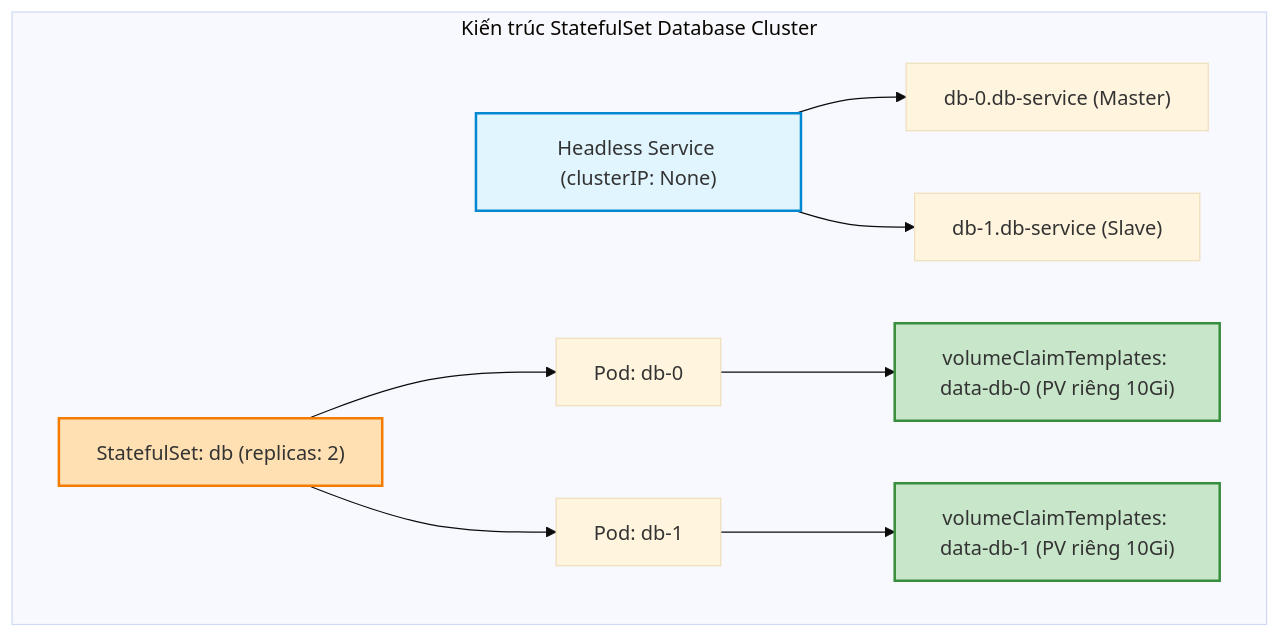
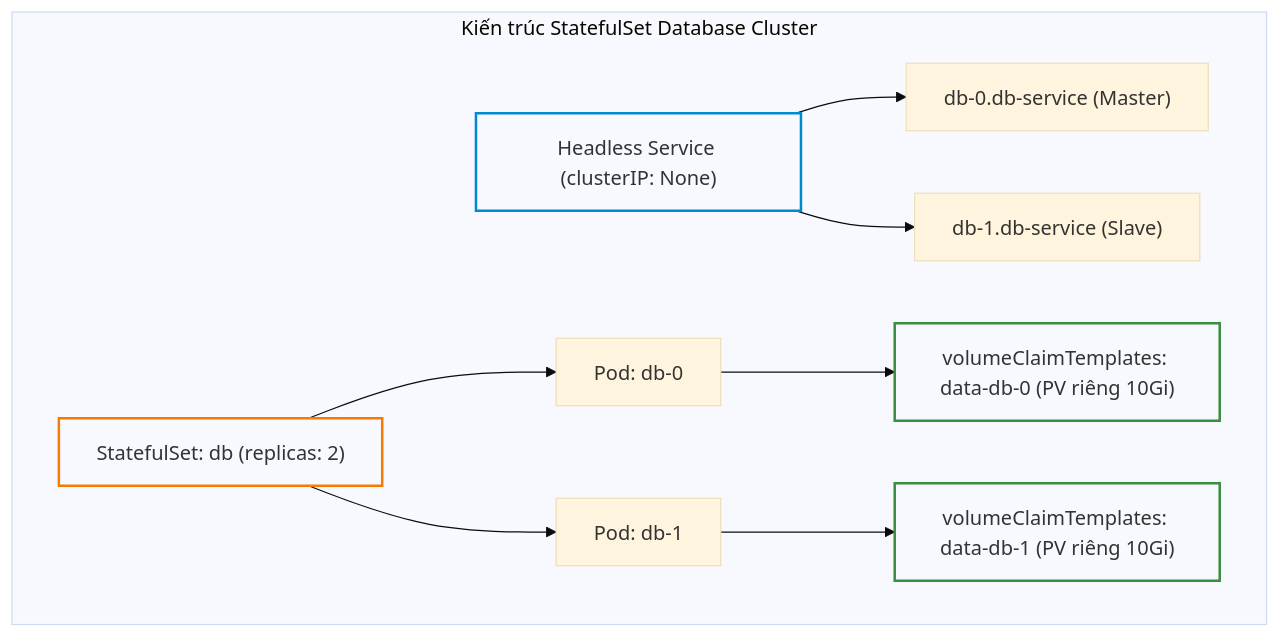
One commit to kiennt308/ntk changed the first of 3 diagrams in _posts/2026-09-12-cka-16-16-daemonset-statefulset-job.md. Above: the diagram before and after it, drawn with Mermaid (base theme). The commit also changed other lines of this file and 207 other files, not shown here.

Commit message:
feat(posts): batch standardize all 208 posts with TL;DR, qa-card accordion, fill:none mermaid, and liquid raw wrappers

````diff
--- a/_posts/2026-09-12-cka-16-16-daemonset-statefulset-job.md
+++ b/_posts/2026-09-12-cka-16-16-daemonset-statefulset-job.md
@@ -160,18 +164,18 @@
 ```mermaid
 graph TD
     subgraph StatefulSet_Architecture ["Kiến trúc StatefulSet Database Cluster"]
         HEADLESS["Headless Service (clusterIP: None)"] --> DNS0["db-0.db-service (Master)"]
         HEADLESS --> DNS1["db-1.db-service (Slave)"]
         
         STS["StatefulSet: db (replicas: 2)"] --> POD0["Pod: db-0"]
         STS --> POD1["Pod: db-1"]
         
         POD0 --> PVC0["volumeClaimTemplates: data-db-0 (PV riêng 10Gi)"]
         POD1 --> PVC1["volumeClaimTemplates: data-db-1 (PV riêng 10Gi)"]
     end
 
-    style HEADLESS fill:#e1f5fe,stroke:#0288d1,stroke-width:2px
-    style STS fill:#ffe0b2,stroke:#f57c00,stroke-width:2px
-    style PVC0 fill:#c8e6c9,stroke:#388e3c,stroke-width:2px
-    style PVC1 fill:#c8e6c9,stroke:#388e3c,stroke-width:2px
+    style HEADLESS fill:none,stroke:#0288d1,stroke-width:2px
+    style STS fill:none,stroke:#f57c00,stroke-width:2px
+    style PVC0 fill:none,stroke:#388e3c,stroke-width:2px
+    style PVC1 fill:none,stroke:#388e3c,stroke-width:2px
 ```
````
